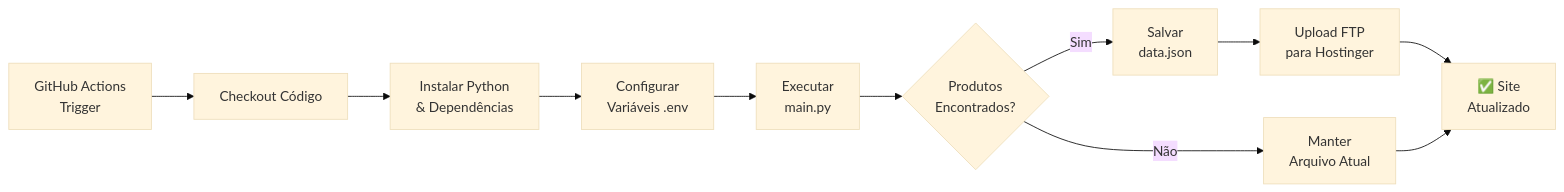
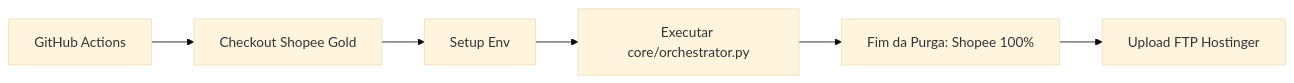
Before and after one commit to EricMacedo10/Rob-Titanium: the diagram in docs/SCHEDULING.md, drawn with Mermaid (base theme). The commit also changed other lines of this file and 9 other files, not shown here.

Commit message:
🚀 TITANIUM: Boutique Shopee Gold Exclusive - Purga Total e Novo Agendamento

````diff
--- a/docs/SCHEDULING.md
+++ b/docs/SCHEDULING.md
@@ -25,13 +25,8 @@
 ```mermaid
 graph LR
-    A[GitHub Actions<br/>Trigger] --> B[Checkout Código]
-    B --> C[Instalar Python<br/>& Dependências]
-    C --> D[Configurar<br/>Variáveis .env]
-    D --> E[Executar<br/>main.py]
-    E --> F{Produtos<br/>Encontrados?}
-    F -->|Sim| G[Salvar<br/>data.json]
-    F -->|Não| H[Manter<br/>Arquivo Atual]
-    G --> I[Upload FTP<br/>para Hostinger]
-    I --> J[✅ Site<br/>Atualizado]
-    H --> J
+    A[GitHub Actions] --> B[Checkout Shopee Gold]
+    B --> C[Setup Env]
+    C --> D[Executar core/orchestrator.py]
+    D --> E[Fim da Purga: Shopee 100%]
+    E --> F[Upload FTP Hostinger]
 ```
````
